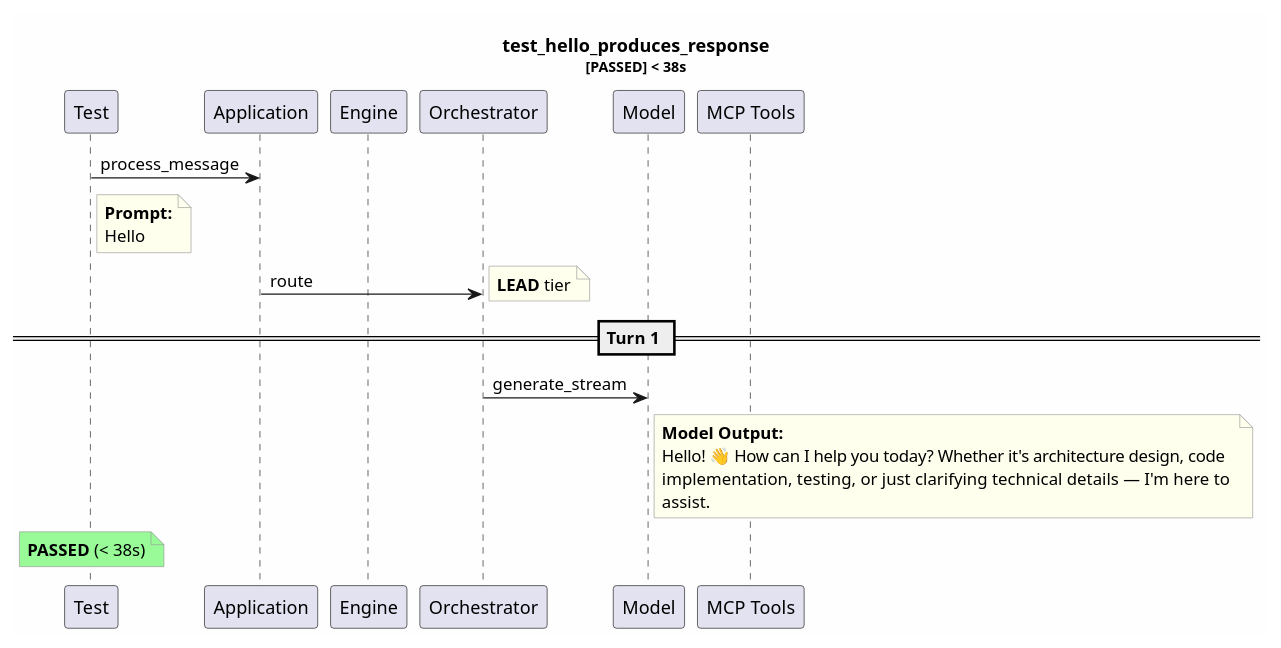
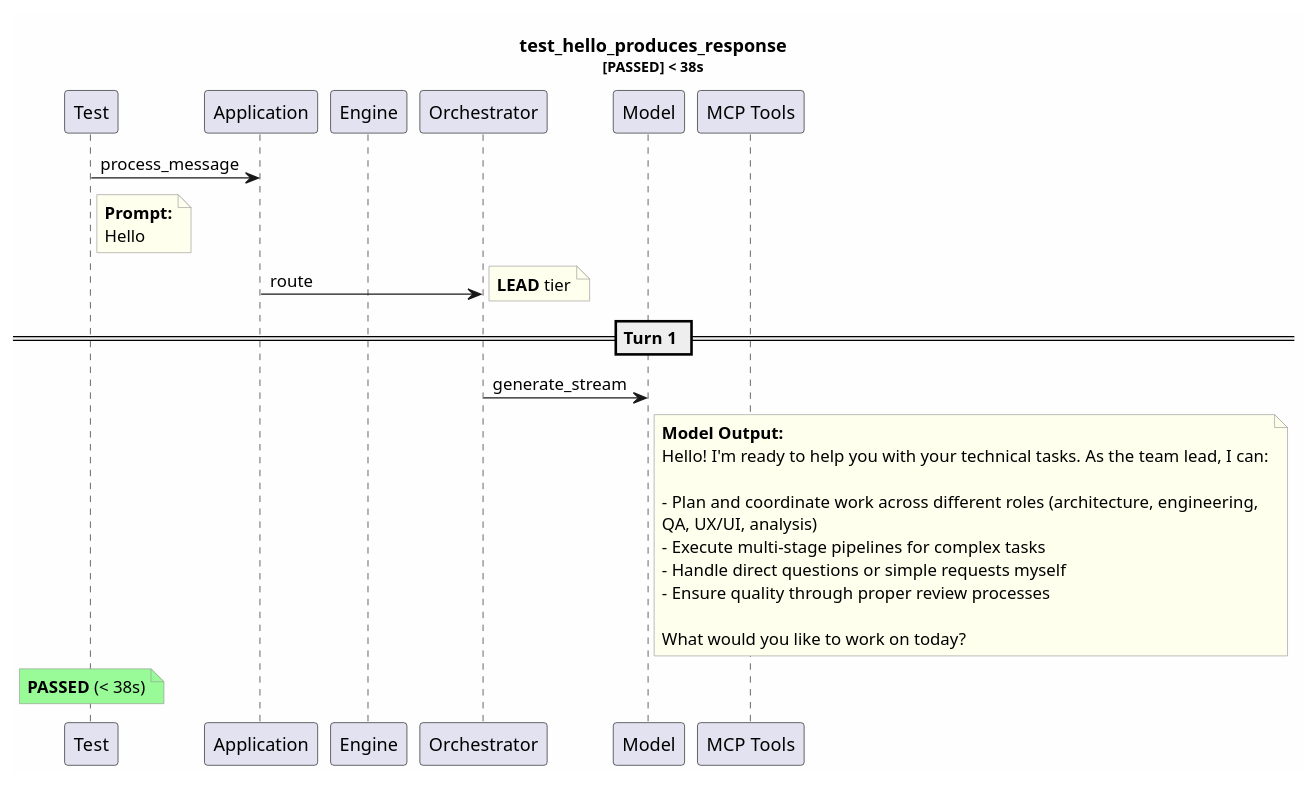
One commit to tvanfossen/entropic changed the diagram in test-reports/logs/test_hello_produces_response/test_hello_produces_response.puml. Above: the diagram before and after it, drawn with PlantUML. The commit also changed 11 other files, not shown here.

```diff
--- a/test-reports/logs/test_hello_produces_response/test_hello_produces_response.puml
+++ b/test-reports/logs/test_hello_produces_response/test_hello_produces_response.puml
@@ -1,33 +1,39 @@
 @startuml
 skinparam backgroundColor #FEFEFE
 skinparam noteBorderColor #999999
 skinparam noteBackgroundColor #FFFFEE
 title test_hello_produces_response\n<size:11>[PASSED] < 38s</size>
 
 participant "Test" as T
 participant "Application" as App
 participant "Engine" as Eng
 participant "Orchestrator" as Orch
 participant "Model" as Mdl
 participant "MCP Tools" as MCP
 
 T -> App: process_message
 note right of T
   **Prompt:**
   Hello
 end note
 App -> Orch: route
 note right: **LEAD** tier
 == Turn 1 ==
 Orch -> Mdl: generate_stream
 note right of Mdl
   **Model Output:**
-  Hello! 👋 How can I help you today? Whether it's architecture design, code 
-  implementation, testing, or just clarifying technical details — I'm here to 
-  assist.
+  Hello! I'm ready to help you with your technical tasks. As the team lead, I can:
+  
+  - Plan and coordinate work across different roles (architecture, engineering, 
+  QA, UX/UI, analysis)
+  - Execute multi-stage pipelines for complex tasks
+  - Handle direct questions or simple requests myself
+  - Ensure quality through proper review processes
+  
+  What would you like to work on today?
 end note
 note over T #palegreen
   **PASSED** (< 38s)
 end note
 
 @enduml
```
